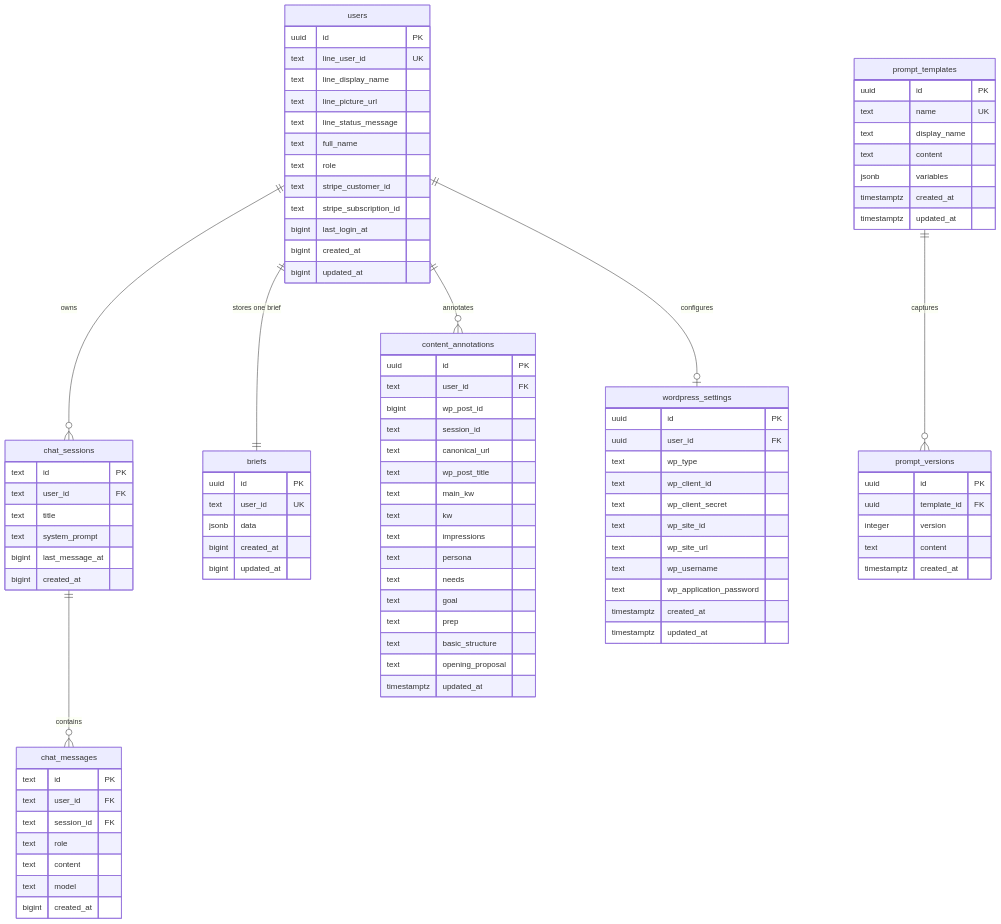
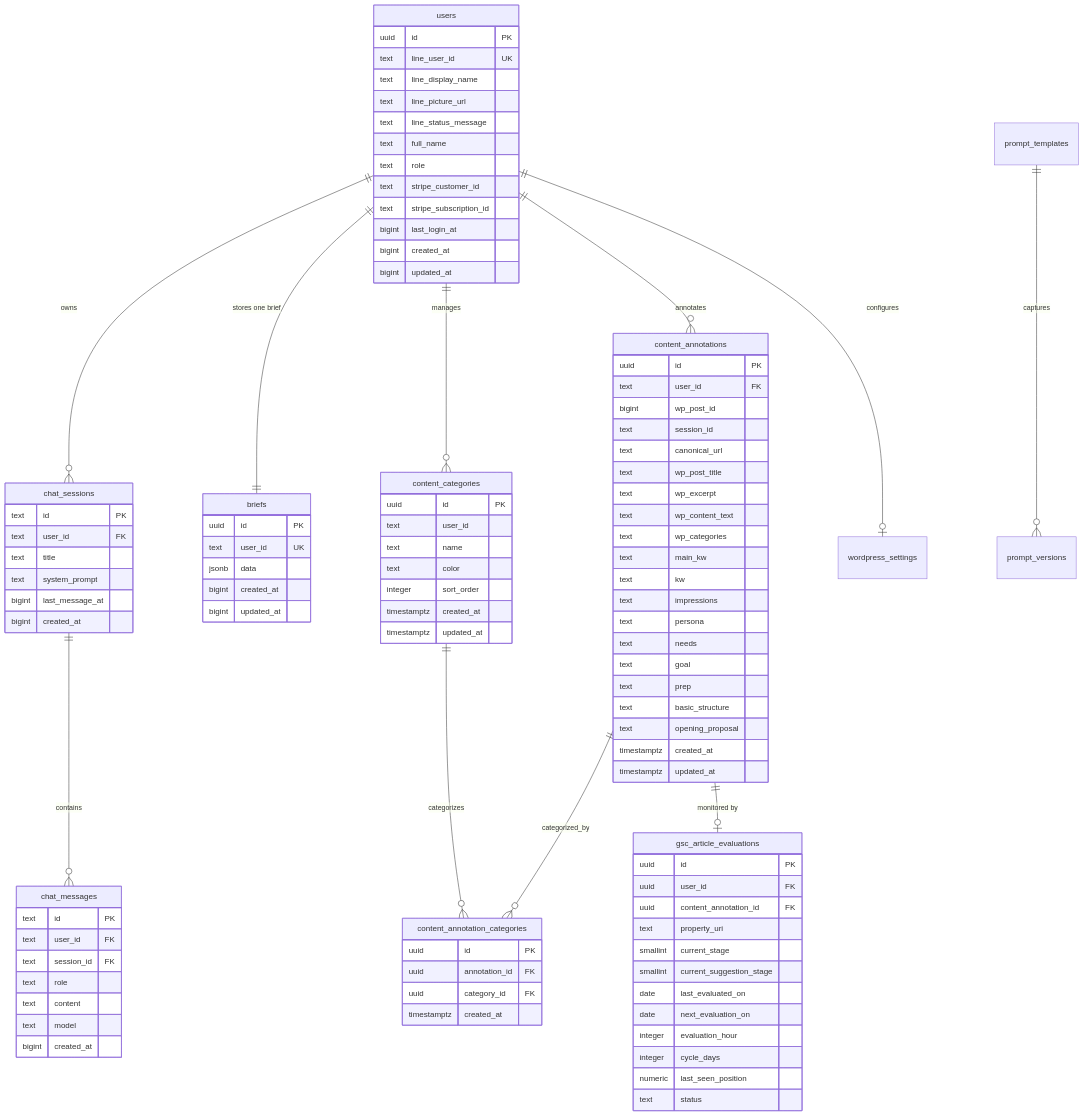
One commit to shoma-endo/industry-specific-mc-training changed the third of 3 diagrams in README.md. Above: the diagram before and after it, drawn with Mermaid. The commit also changed other lines of this file and 3 other files, not shown here.

````diff
--- a/README.md
+++ b/README.md
@@ -220,6 +220,9 @@
         text session_id
         text canonical_url
         text wp_post_title
+        text wp_excerpt
+        text wp_content_text
+        text wp_categories
         text main_kw
         text kw
         text impressions
@@ -229,39 +232,40 @@
         text prep
         text basic_structure
         text opening_proposal
-        timestamptz updated_at
-    }
-
-    wordpress_settings {
-        uuid id PK
-        uuid user_id FK
-        text wp_type
-        text wp_client_id
-        text wp_client_secret
-        text wp_site_id
-        text wp_site_url
-        text wp_username
-        text wp_application_password
         timestamptz created_at
         timestamptz updated_at
     }
 
-    prompt_templates {
+    content_categories {
         uuid id PK
-        text name UK
-        text display_name
-        text content
-        jsonb variables
+        text user_id
+        text name
+        text color
+        integer sort_order
         timestamptz created_at
         timestamptz updated_at
     }
 
-    prompt_versions {
+    content_annotation_categories {
         uuid id PK
-        uuid template_id FK
-        integer version
-        text content
+        uuid annotation_id FK
+        uuid category_id FK
         timestamptz created_at
+    }
+
+    gsc_article_evaluations {
+        uuid id PK
+        uuid user_id FK
+        uuid content_annotation_id FK
+        text property_uri
+        smallint current_stage
+        smallint current_suggestion_stage
+        date last_evaluated_on
+        date next_evaluation_on
+        integer evaluation_hour
+        integer cycle_days
+        numeric last_seen_position
+        text status
     }
 
     users ||--o{ chat_sessions : owns
@@ -270,4 +274,8 @@
     users ||--o{ content_annotations : annotates
     users ||--o| wordpress_settings : configures
     prompt_templates ||--o{ prompt_versions : captures
+    users ||--o{ content_categories : manages
+    content_annotations ||--o{ content_annotation_categories : categorized_by
+    content_categories ||--o{ content_annotation_categories : categorizes
+    content_annotations ||--o| gsc_article_evaluations : "monitored by"
 ```
````
